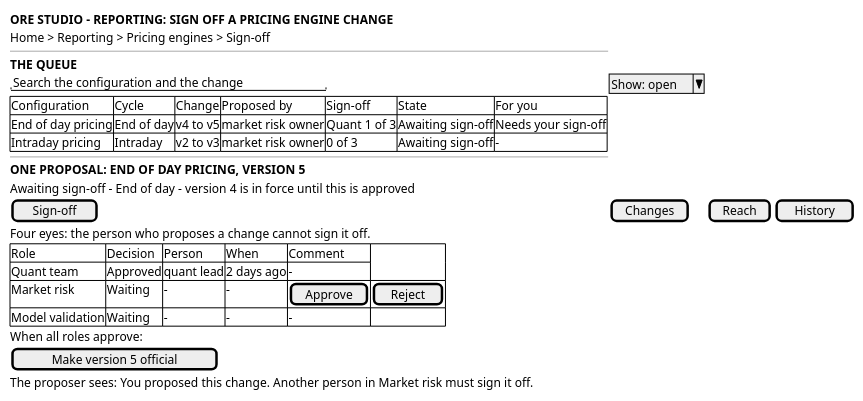
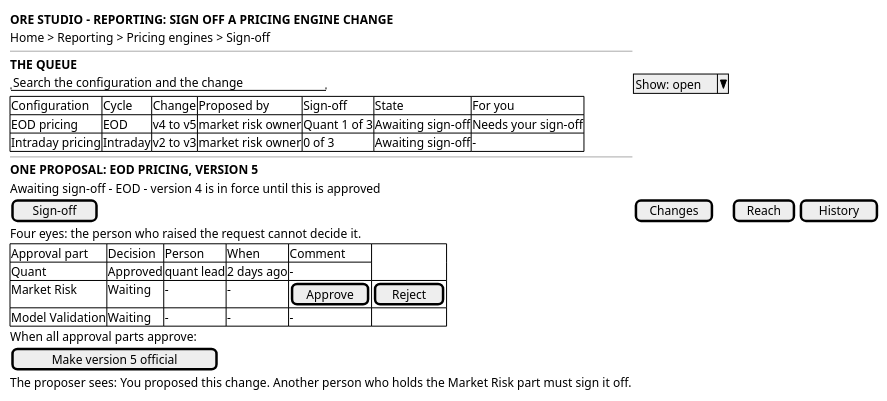
Before and after one commit to OreStudio/OreStudio: the diagram in doc/knowledge/journeys/reporting/wireframe_sign_off_a_pricing_engine_change.puml, drawn with PlantUML. The commit also changed 26 other files, not shown here.

First line of the commit message:
[agile] Sign off pricing engine changes through the inbox

```diff
--- a/doc/knowledge/journeys/reporting/wireframe_sign_off_a_pricing_engine_change.puml
+++ b/doc/knowledge/journeys/reporting/wireframe_sign_off_a_pricing_engine_change.puml
@@ -18,31 +18,31 @@
 @startuml
 
 salt
 {
   <b>ORE STUDIO - REPORTING: SIGN OFF A PRICING ENGINE CHANGE</b>
   Home > Reporting > Pricing engines > Sign-off
   --
   <b>THE QUEUE</b>
   "Search the configuration and the change" | ^Show: open^
   {#
     Configuration | Cycle | Change | Proposed by | Sign-off | State | For you
-    End of day pricing | End of day | v4 to v5 | market risk owner | Quant 1 of 3 | Awaiting sign-off | Needs your sign-off
+    EOD pricing | EOD | v4 to v5 | market risk owner | Quant 1 of 3 | Awaiting sign-off | Needs your sign-off
     Intraday pricing | Intraday | v2 to v3 | market risk owner | 0 of 3 | Awaiting sign-off | -
   }
   --
-  <b>ONE PROPOSAL: END OF DAY PRICING, VERSION 5</b>
-  Awaiting sign-off - End of day - version 4 is in force until this is approved
+  <b>ONE PROPOSAL: EOD PRICING, VERSION 5</b>
+  Awaiting sign-off - EOD - version 4 is in force until this is approved
   [ Sign-off ] | [ Changes ] | [ Reach ] | [ History ]
-  Four eyes: the person who proposes a change cannot sign it off.
+  Four eyes: the person who raised the request cannot decide it.
   {#
-    Role | Decision | Person | When | Comment
-    Quant team | Approved | quant lead | 2 days ago | -
-    Market risk | Waiting | - | - | [ Approve ] | [ Reject ]
-    Model validation | Waiting | - | - | -
+    Approval part | Decision | Person | When | Comment
+    Quant | Approved | quant lead | 2 days ago | -
+    Market Risk | Waiting | - | - | [ Approve ] | [ Reject ]
+    Model Validation | Waiting | - | - | -
   }
-  When all roles approve:
+  When all approval parts approve:
   [ Make version 5 official ]
-  The proposer sees: You proposed this change. Another person in Market risk must sign it off.
+  The proposer sees: You proposed this change. Another person who holds the Market Risk part must sign it off.
 }
 
 @enduml
```
